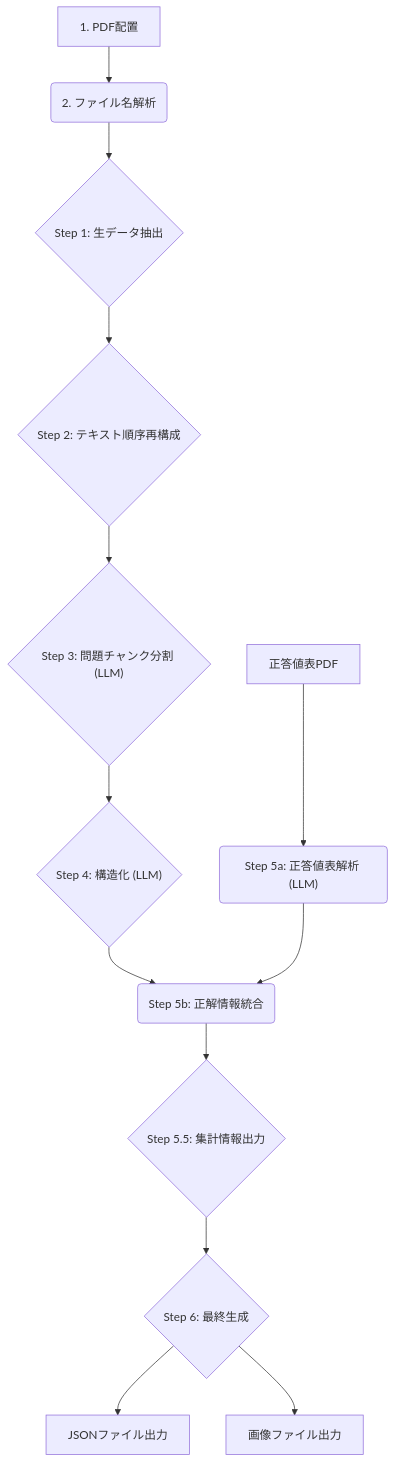
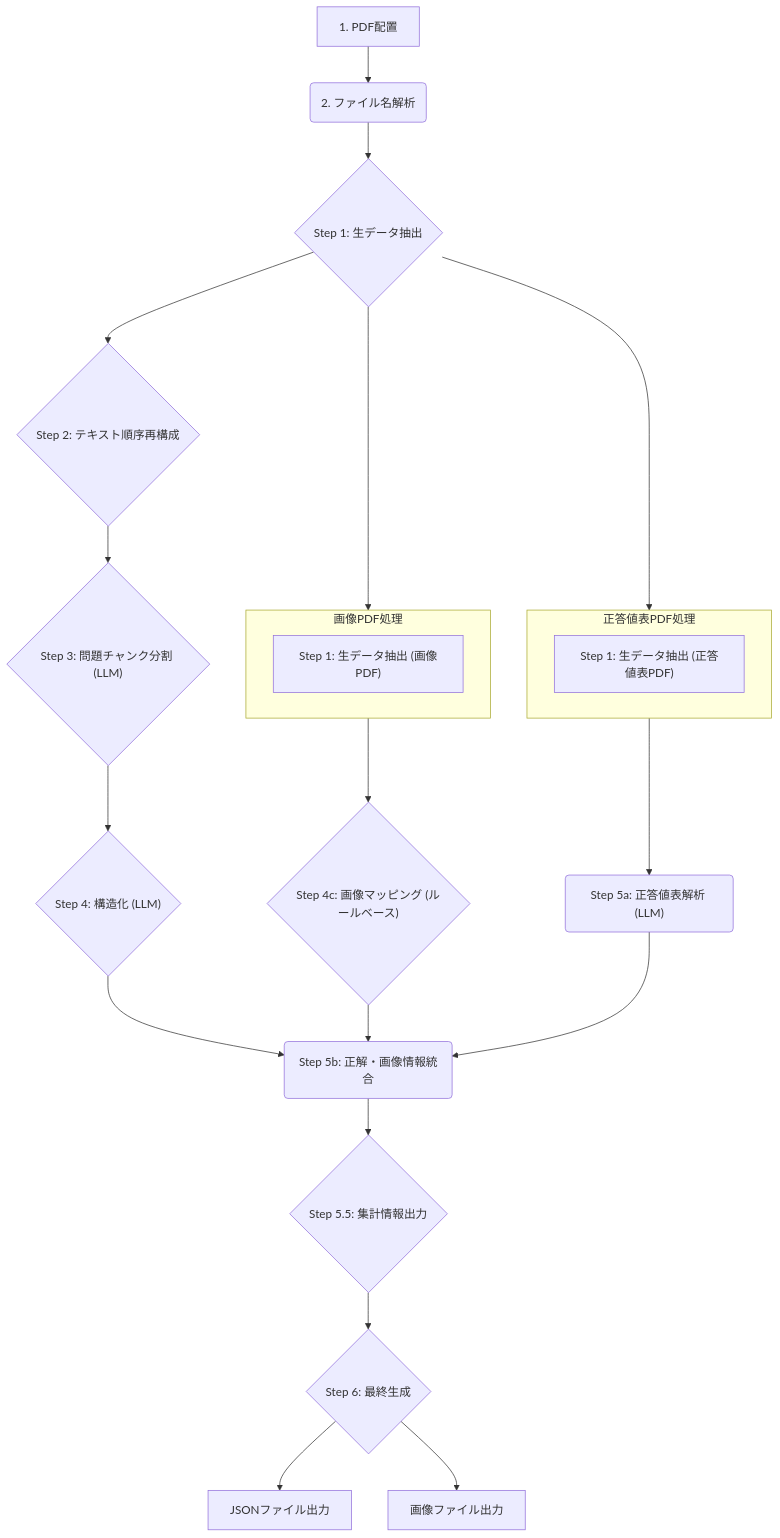
The diagram in README.md (fk506cni/medexam-parser), drawn with Mermaid before and after one commit. The commit also changed other lines of this file and 7 other files, not shown here.

````diff
--- a/README.md
+++ b/README.md
@@ -70,15 +71,33 @@
 ```mermaid
 graph TD
     A["1. PDF配置"] --> B("2. ファイル名解析");
     B --> C{"Step 1: 生データ抽出"};
     C --> D{"Step 2: テキスト順序再構成"};
     D --> E{"Step 3: 問題チャンク分割 (LLM)"};
     E --> F{"Step 4: 構造化 (LLM)"};
-    I["正答値表PDF"] --> J_A("Step 5a: 正答値表解析 (LLM)");
-    F --> J_B("Step 5b: 正解情報統合");
+    
+    subgraph "画像PDF処理"
+        direction LR
+        C_IMG["Step 1: 生データ抽出 (画像PDF)"]
+    end
+
+    subgraph "正答値表PDF処理"
+        direction LR
+        C_ANS["Step 1: 生データ抽出 (正答値表PDF)"]
+    end
+
+    C --> C_IMG;
+    C --> C_ANS;
+
+    C_IMG --> G{"Step 4c: 画像マッピング (ルールベース)"};
+    C_ANS --> J_A("Step 5a: 正答値表解析 (LLM)");
+
+    F --> J_B("Step 5b: 正解・画像情報統合");
+    G --> J_B;
     J_A --> J_B;
+    
     J_B --> K{"Step 5.5: 集計情報出力"};
     K --> L{"Step 6: 最終生成"};
     L --> M["JSONファイル出力"];
     L --> N["画像ファイル出力"];
 ```
````
